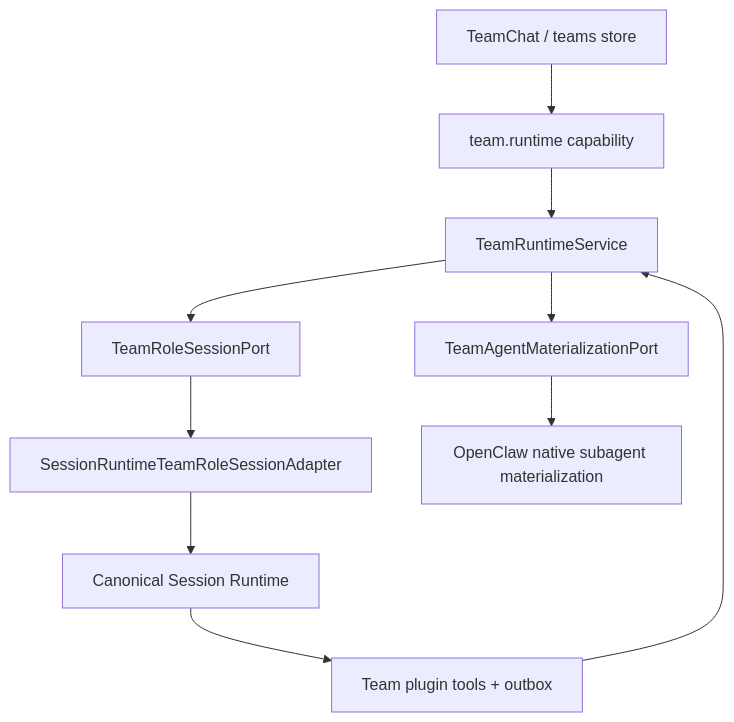
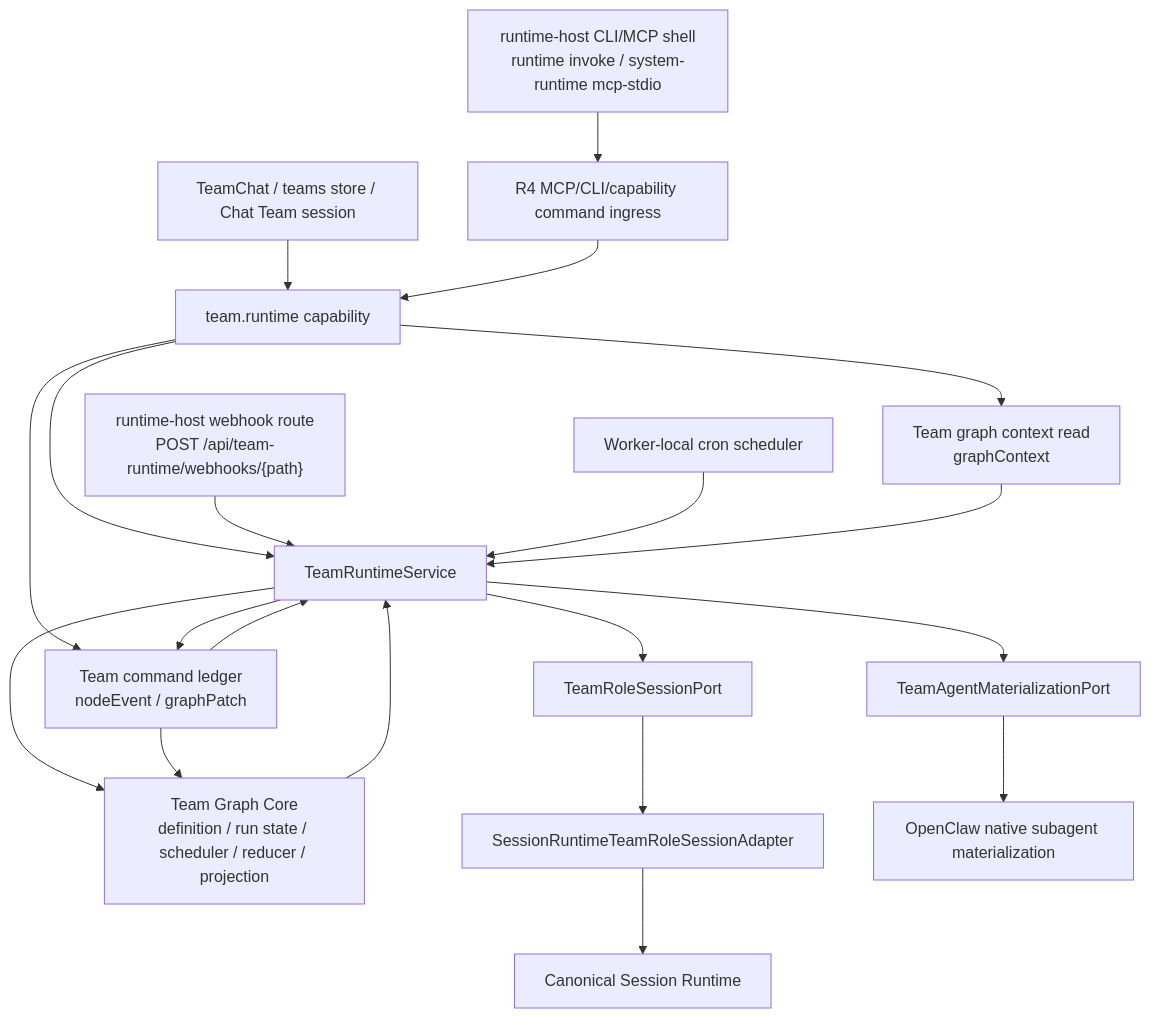
One commit to hellowKeyzj/Matcha-claw changed the fifth of 6 diagrams in docs/architecture/layered-architecture.md. Above: the diagram before and after it, drawn with Mermaid. The commit also changed other lines of this file and 2 other files, not shown here.

Commit message:
docs(architecture): update runtime module map

````diff
--- a/docs/architecture/layered-architecture.md
+++ b/docs/architecture/layered-architecture.md
@@ -470,17 +484,31 @@
 ```mermaid
 flowchart TB
-  UI["TeamChat / teams store"]
+  UI["TeamChat / teams store / Chat Team session"]
   Capability["team.runtime capability"]
   TeamRuntime["TeamRuntimeService"]
+  GraphCore["Team Graph Core\ndefinition / run state / scheduler / reducer / projection"]
+  CommandLedger["Team command ledger\nnodeEvent / graphPatch"]
+  GraphContextRead["Team graph context read\ngraphContext"]
+  RuntimeCliMcp["runtime-host CLI/MCP shell\nruntime invoke / system-runtime mcp-stdio"]
+  CronScheduler["Worker-local cron scheduler"]
   SessionPort["TeamRoleSessionPort"]
   SessionAdapter["SessionRuntimeTeamRoleSessionAdapter"]
   SessionRuntime["Canonical Session Runtime"]
   MaterializationPort["TeamAgentMaterializationPort"]
   OpenClawMaterialization["OpenClaw native subagent materialization"]
-  PluginTools["Team plugin tools + outbox"]
+  WebhookIngress["runtime-host webhook route\nPOST /api/team-runtime/webhooks/{path}"]
+  CommandIngress["R4 MCP/CLI/capability command ingress"]
 
-  UI --> Capability --> TeamRuntime
+  UI --> Capability --> TeamRuntime --> GraphCore
+  RuntimeCliMcp --> CommandIngress --> Capability
+  WebhookIngress --> TeamRuntime
+  CronScheduler --> TeamRuntime
+  Capability --> CommandLedger
+  Capability --> GraphContextRead --> TeamRuntime
+  CommandLedger --> TeamRuntime
+  TeamRuntime --> CommandLedger
+  CommandLedger --> GraphCore
+  GraphCore --> TeamRuntime
   TeamRuntime --> SessionPort --> SessionAdapter --> SessionRuntime
   TeamRuntime --> MaterializationPort --> OpenClawMaterialization
-  SessionRuntime --> PluginTools --> TeamRuntime
 ```
````
